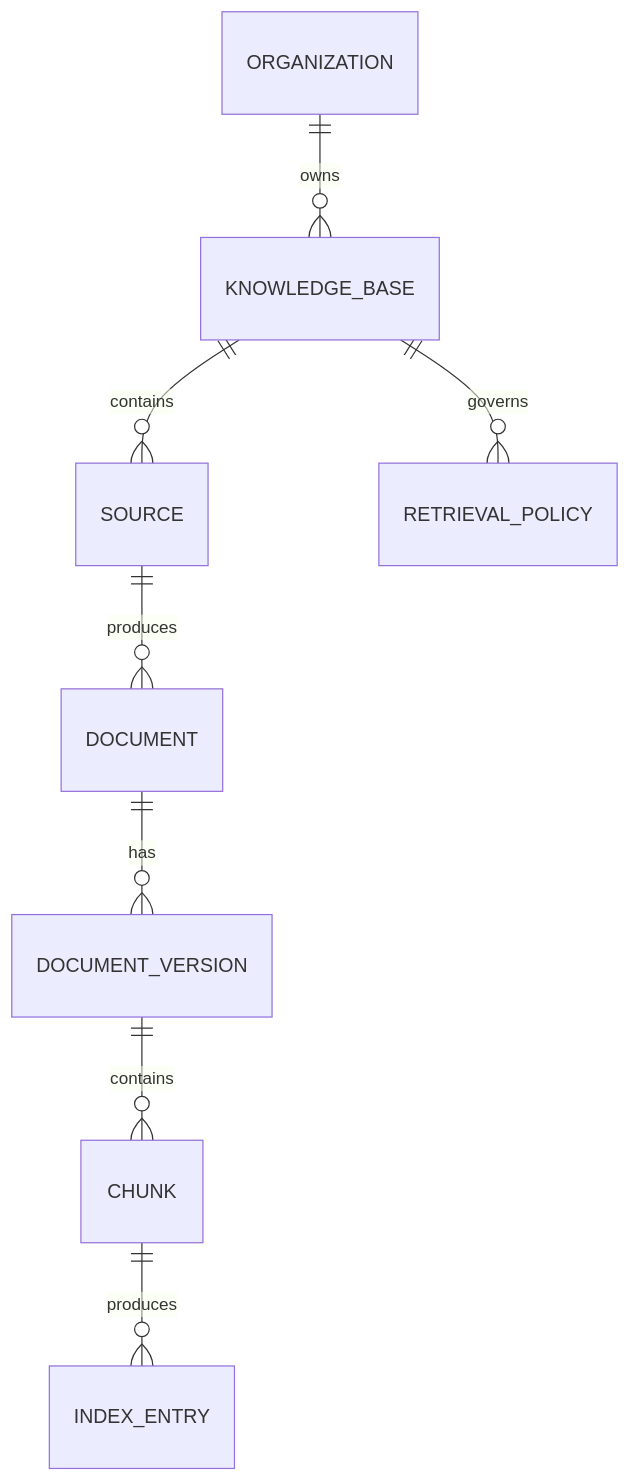
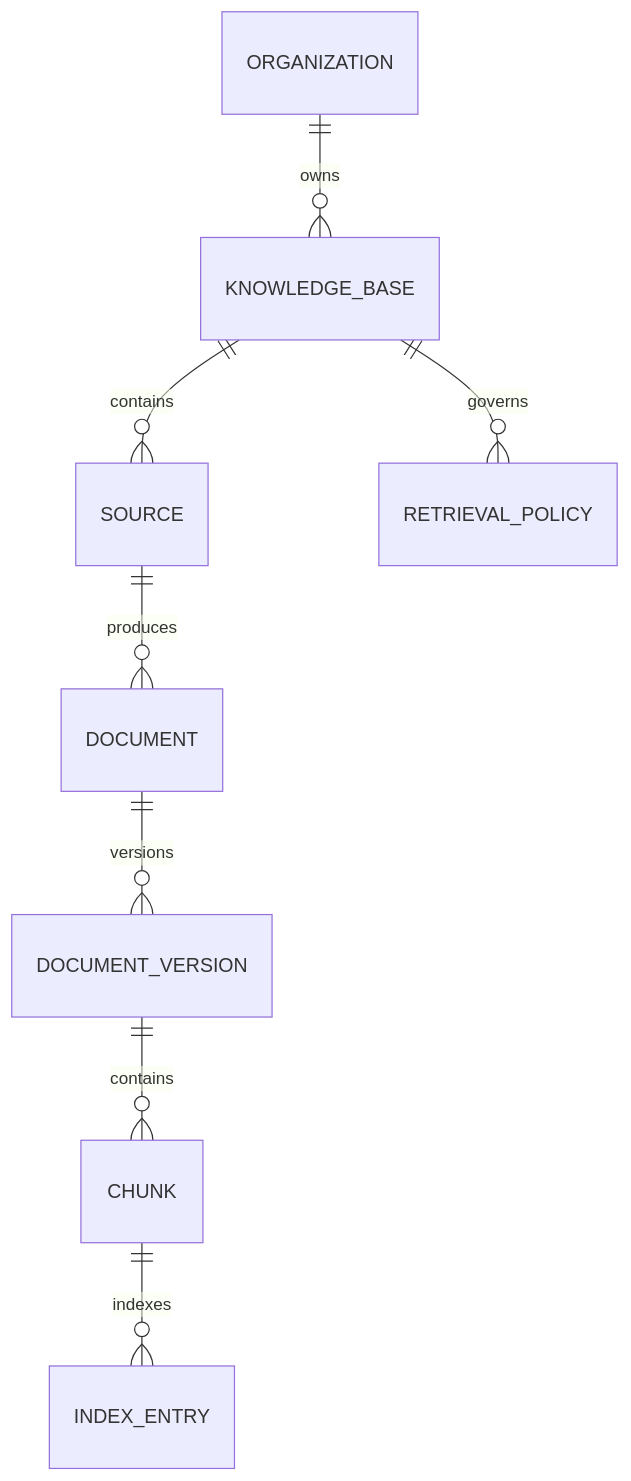
One commit to D-engahmed/OMILINKS changed the first of 4 diagrams in docs/domain/knowledge.md. Above: the diagram before and after it, drawn with Mermaid. The commit also changed other lines of this file and 2 other files, not shown here.

Commit message:
docs: deepen workforce routing and knowledge domain contracts

````diff
--- a/docs/domain/knowledge.md
+++ b/docs/domain/knowledge.md
@@ -24,10 +13,10 @@
-```mermaid
+~~~mermaid
 erDiagram
-ORGANIZATION ||--o{ KNOWLEDGE_BASE : owns
-KNOWLEDGE_BASE ||--o{ SOURCE : contains
-SOURCE ||--o{ DOCUMENT : produces
-DOCUMENT ||--o{ DOCUMENT_VERSION : has
-DOCUMENT_VERSION ||--o{ CHUNK : contains
-CHUNK ||--o{ INDEX_ENTRY : produces
-KNOWLEDGE_BASE ||--o{ RETRIEVAL_POLICY : governs
-```
+    ORGANIZATION ||--o{ KNOWLEDGE_BASE : owns
+    KNOWLEDGE_BASE ||--o{ SOURCE : contains
+    SOURCE ||--o{ DOCUMENT : produces
+    DOCUMENT ||--o{ DOCUMENT_VERSION : versions
+    DOCUMENT_VERSION ||--o{ CHUNK : contains
+    CHUNK ||--o{ INDEX_ENTRY : indexes
+    KNOWLEDGE_BASE ||--o{ RETRIEVAL_POLICY : governs
+~~~
````
